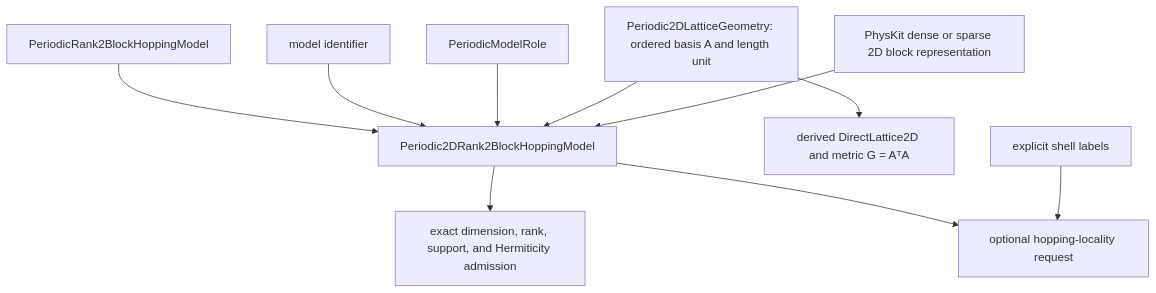
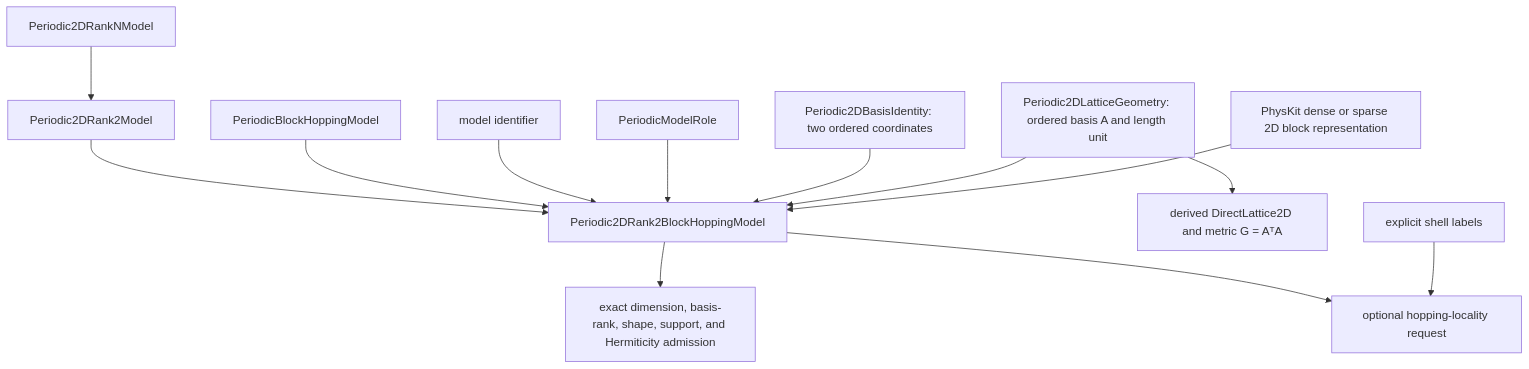
One commit to eragasa/ksdft2effmass changed the diagram in docs/architecture/v3/ksdft2effmass/periodic/periodic2d/rank2/models/Periodic2DRank2BlockHoppingModel/schematics.md. Above: the diagram before and after it, drawn with Mermaid. The commit also changed 83 other files, not shown here.

````diff
--- a/docs/architecture/v3/ksdft2effmass/periodic/periodic2d/rank2/models/Periodic2DRank2BlockHoppingModel/schematics.md
+++ b/docs/architecture/v3/ksdft2effmass/periodic/periodic2d/rank2/models/Periodic2DRank2BlockHoppingModel/schematics.md
@@ -3,12 +3,15 @@
 ```mermaid
 flowchart TD
-    P[PeriodicRank2BlockHoppingModel] --> M[Periodic2DRank2BlockHoppingModel]
+    N[Periodic2DRankNModel] --> Q[Periodic2DRank2Model]
+    Q --> M[Periodic2DRank2BlockHoppingModel]
+    P[PeriodicBlockHoppingModel] --> M
     I[model identifier] --> M
     R[PeriodicModelRole] --> M
+    B[Periodic2DBasisIdentity: two ordered coordinates] --> M
     G[Periodic2DLatticeGeometry: ordered basis A and length unit] --> M
     G --> D[derived DirectLattice2D and metric G = AᵀA]
     H[PhysKit dense or sparse 2D block representation] --> M
-    M --> A[exact dimension, rank, support, and Hermiticity admission]
+    M --> A[exact dimension, basis-rank, shape, support, and Hermiticity admission]
     M --> L[optional hopping-locality request]
     S[explicit shell labels] --> L
 ```
````
